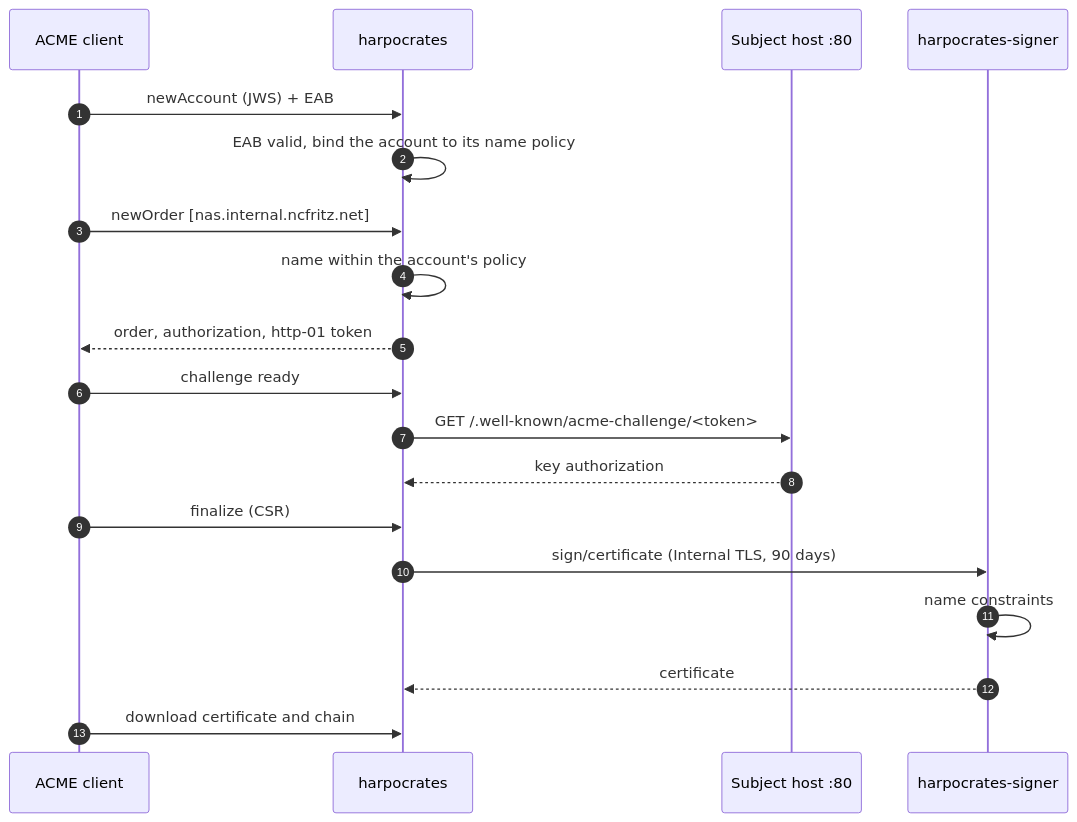
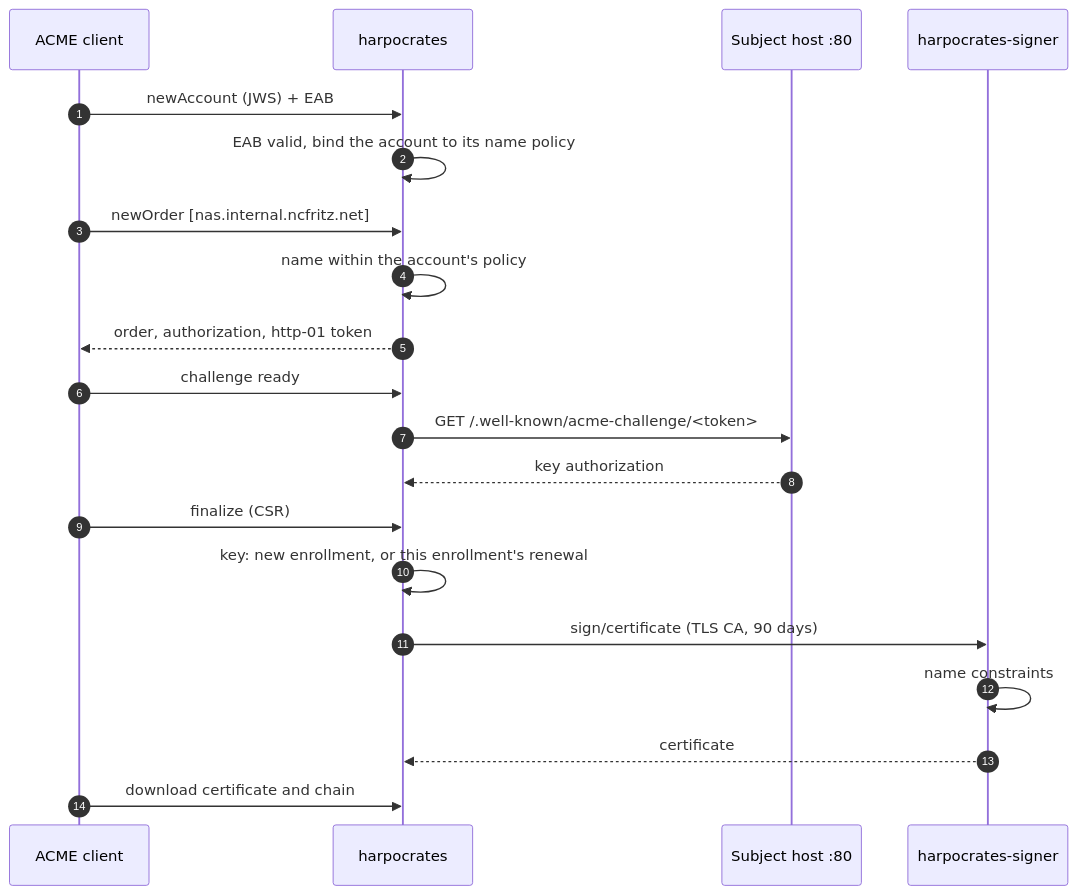
One commit to ncfritz/olympus changed the third of 4 diagrams in docs/decisions/0020-internal-certificate-authority.md. Above: the diagram before and after it, drawn with Mermaid. The commit also changed other lines of this file and 7 other files, not shown here.

````diff
--- a/docs/decisions/0020-internal-certificate-authority.md
+++ b/docs/decisions/0020-internal-certificate-authority.md
@@ -418,22 +593,23 @@
 ```mermaid
 sequenceDiagram
   autonumber
   participant C as ACME client
   participant P as harpocrates
   participant H as Subject host :80
   participant G as harpocrates-signer
 
   C->>P: newAccount (JWS) + EAB
   P->>P: EAB valid, bind the account to its name policy
   C->>P: newOrder [nas.internal.ncfritz.net]
   P->>P: name within the account's policy
   P-->>C: order, authorization, http-01 token
   C->>P: challenge ready
   P->>H: GET /.well-known/acme-challenge/<token>
   H-->>P: key authorization
   C->>P: finalize (CSR)
-  P->>G: sign/certificate (Internal TLS, 90 days)
+  P->>P: key: new enrollment, or this enrollment's renewal
+  P->>G: sign/certificate (TLS CA, 90 days)
   G->>G: name constraints
   G-->>P: certificate
   C->>P: download certificate and chain
 ```
````
